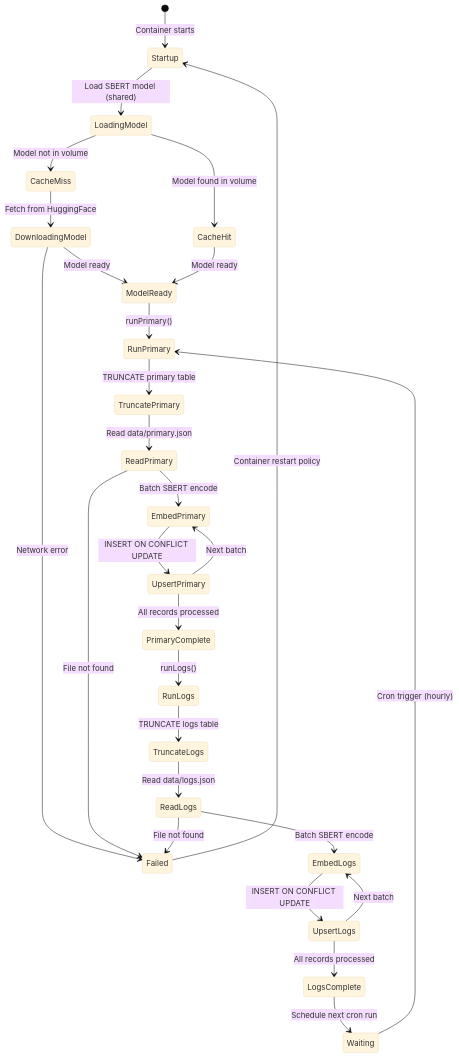
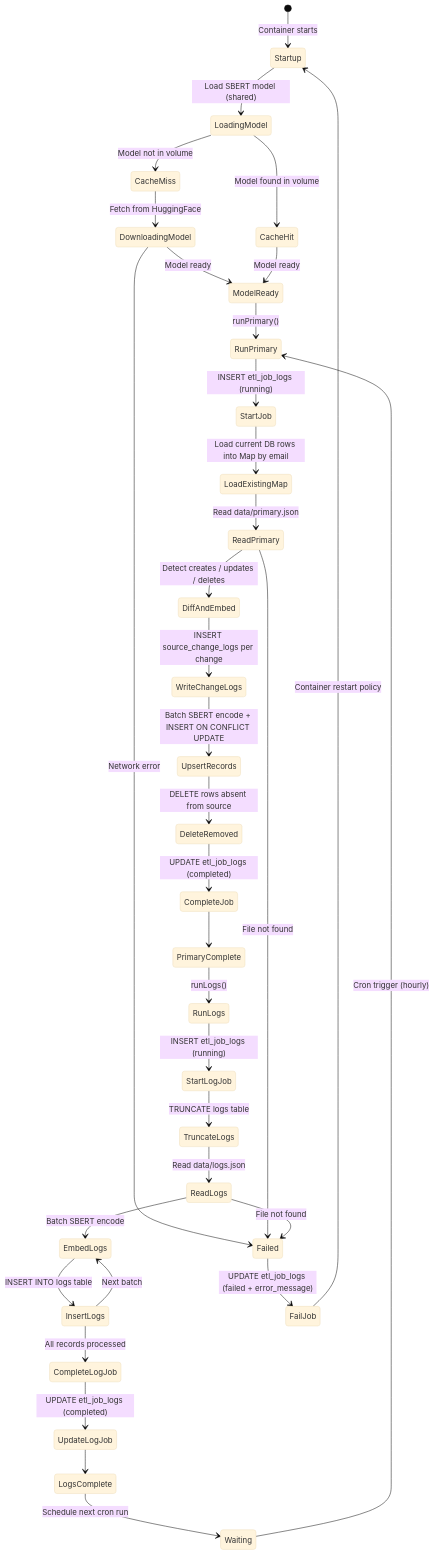
Before and after one commit to sjackshaw/user-search: the diagram in docs/diagrams/state-etl-job.md, drawn with Mermaid (base theme). The commit also changed 31 other files, not shown here.

````diff
--- a/docs/diagrams/state-etl-job.md
+++ b/docs/diagrams/state-etl-job.md
@@ -3,40 +3,48 @@
 ```mermaid
 stateDiagram-v2
     [*] --> Startup: Container starts
 
     Startup --> LoadingModel: Load SBERT model (shared)
 
     LoadingModel --> CacheMiss: Model not in volume
     LoadingModel --> CacheHit: Model found in volume
 
     CacheMiss --> DownloadingModel: Fetch from HuggingFace
     DownloadingModel --> ModelReady: Model ready
     DownloadingModel --> Failed: Network error
 
     CacheHit --> ModelReady: Model ready
 
     ModelReady --> RunPrimary: runPrimary()
 
-    RunPrimary --> TruncatePrimary: TRUNCATE primary table
-    TruncatePrimary --> ReadPrimary: Read data/primary.json
+    RunPrimary --> StartJob: INSERT etl_job_logs (running)
+    StartJob --> LoadExistingMap: Load current DB rows into Map by email
+    LoadExistingMap --> ReadPrimary: Read data/primary.json
     ReadPrimary --> Failed: File not found
-    ReadPrimary --> EmbedPrimary: Batch SBERT encode
-    EmbedPrimary --> UpsertPrimary: INSERT ON CONFLICT UPDATE
-    UpsertPrimary --> EmbedPrimary: Next batch
-    UpsertPrimary --> PrimaryComplete: All records processed
+    ReadPrimary --> DiffAndEmbed: Detect creates / updates / deletes
+
+    DiffAndEmbed --> WriteChangeLogs: INSERT source_change_logs per change
+    WriteChangeLogs --> UpsertRecords: Batch SBERT encode + INSERT ON CONFLICT UPDATE
+    UpsertRecords --> DeleteRemoved: DELETE rows absent from source
+    DeleteRemoved --> CompleteJob: UPDATE etl_job_logs (completed)
+    CompleteJob --> PrimaryComplete
 
     PrimaryComplete --> RunLogs: runLogs()
 
-    RunLogs --> TruncateLogs: TRUNCATE logs table
+    RunLogs --> StartLogJob: INSERT etl_job_logs (running)
+    StartLogJob --> TruncateLogs: TRUNCATE logs table
     TruncateLogs --> ReadLogs: Read data/logs.json
     ReadLogs --> Failed: File not found
     ReadLogs --> EmbedLogs: Batch SBERT encode
-    EmbedLogs --> UpsertLogs: INSERT ON CONFLICT UPDATE
-    UpsertLogs --> EmbedLogs: Next batch
-    UpsertLogs --> LogsComplete: All records processed
+    EmbedLogs --> InsertLogs: INSERT INTO logs table
+    InsertLogs --> EmbedLogs: Next batch
+    InsertLogs --> CompleteLogJob: All records processed
+    CompleteLogJob --> UpdateLogJob: UPDATE etl_job_logs (completed)
+    UpdateLogJob --> LogsComplete
 
     LogsComplete --> Waiting: Schedule next cron run
     Waiting --> RunPrimary: Cron trigger (hourly)
 
-    Failed --> Startup: Container restart policy
+    Failed --> FailJob: UPDATE etl_job_logs (failed + error_message)
+    FailJob --> Startup: Container restart policy
 ```
````
